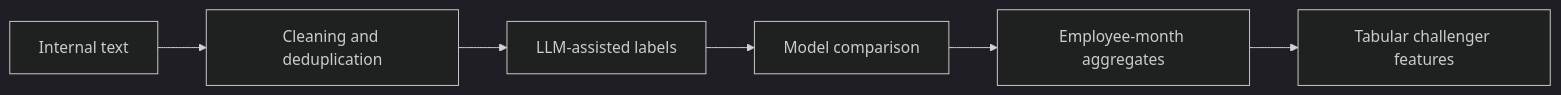
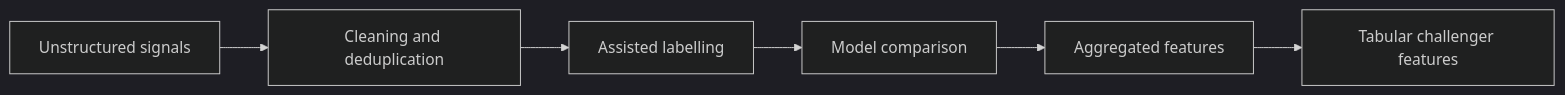
Before and after one commit to ygs1629/Rare-event-driven-MLOps: the fifth of 5 diagrams in README.md, drawn with Mermaid (dark theme). The commit also changed other lines of this file, not shown here.

````diff
--- a/README.md
+++ b/README.md
@@ -157,8 +133,8 @@
 ```mermaid
 flowchart LR
-  A[Internal text] --> B[Cleaning and deduplication]
-  B --> C[LLM-assisted labels]
+  A[Unstructured signals] --> B[Cleaning and deduplication]
+  B --> C[Assisted labelling]
   C --> D[Model comparison]
-  D --> E[Employee-month aggregates]
+  D --> E[Aggregated features]
   E --> F[Tabular challenger features]
 ```
````
